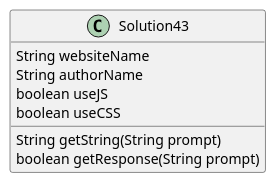
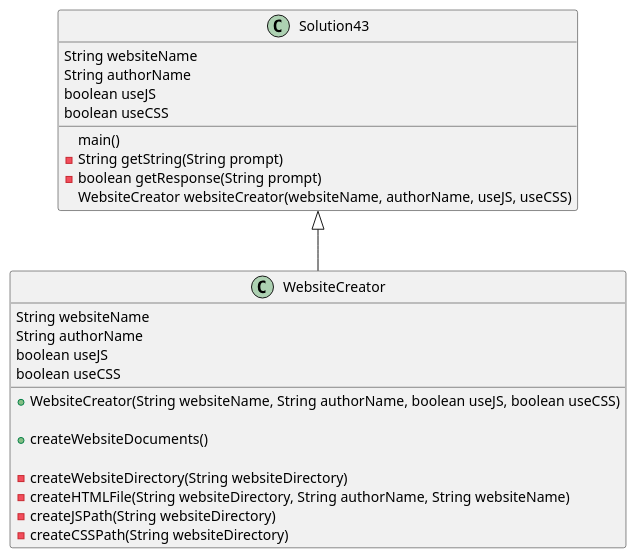
One commit to RandyRoberts99/roberts-a04 changed the diagram in exercise43/docs/Solution43Diagram.puml. Above: the diagram before and after it, drawn with PlantUML. The commit also changed 10 other files, not shown here.

Commit message:
Added solution to assignment 43, updated plantUML/JUnit

```diff
--- a/exercise43/docs/Solution43Diagram.puml
+++ b/exercise43/docs/Solution43Diagram.puml
@@ -1,14 +1,31 @@
 @startuml
 'https://plantuml.com/class-diagram
 
 class Solution43 {
 String websiteName
 String authorName
 boolean useJS
 boolean useCSS
 
-String getString(String prompt)
-boolean getResponse(String prompt)
+main()
+-String getString(String prompt)
+-boolean getResponse(String prompt)
+WebsiteCreator websiteCreator(websiteName, authorName, useJS, useCSS)
 }
+class WebsiteCreator {
+    String websiteName
+    String authorName
+    boolean useJS
+    boolean useCSS
 
+    +WebsiteCreator(String websiteName, String authorName, boolean useJS, boolean useCSS)
+
+    +createWebsiteDocuments()
+
+    -createWebsiteDirectory(String websiteDirectory)
+    -createHTMLFile(String websiteDirectory, String authorName, String websiteName)
+    -createJSPath(String websiteDirectory)
+    -createCSSPath(String websiteDirectory)
+}
+Solution43 <|-- WebsiteCreator
 @enduml
```
